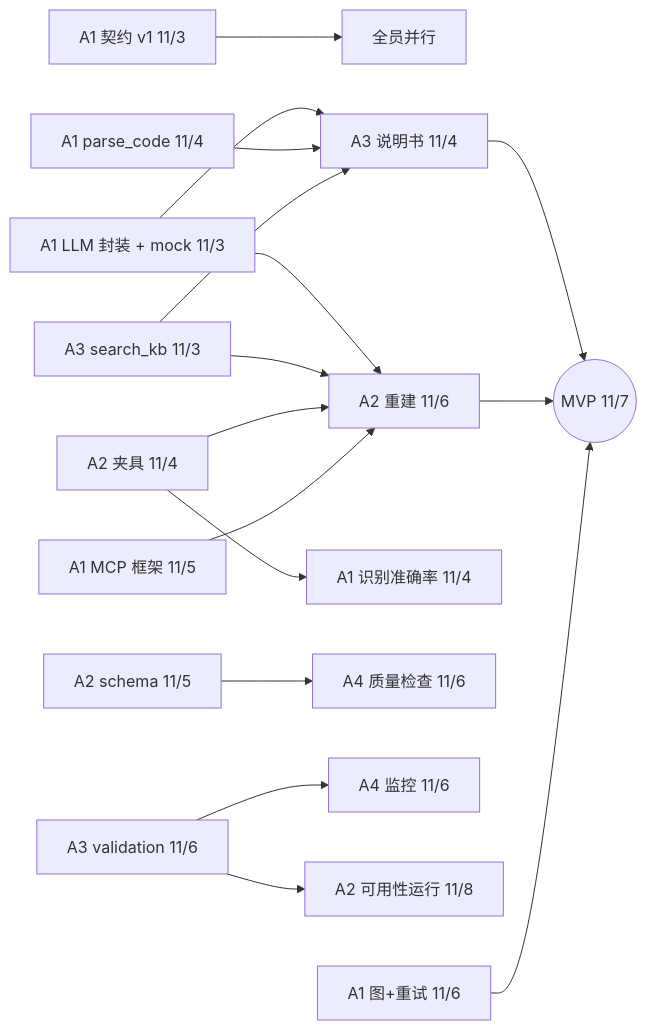
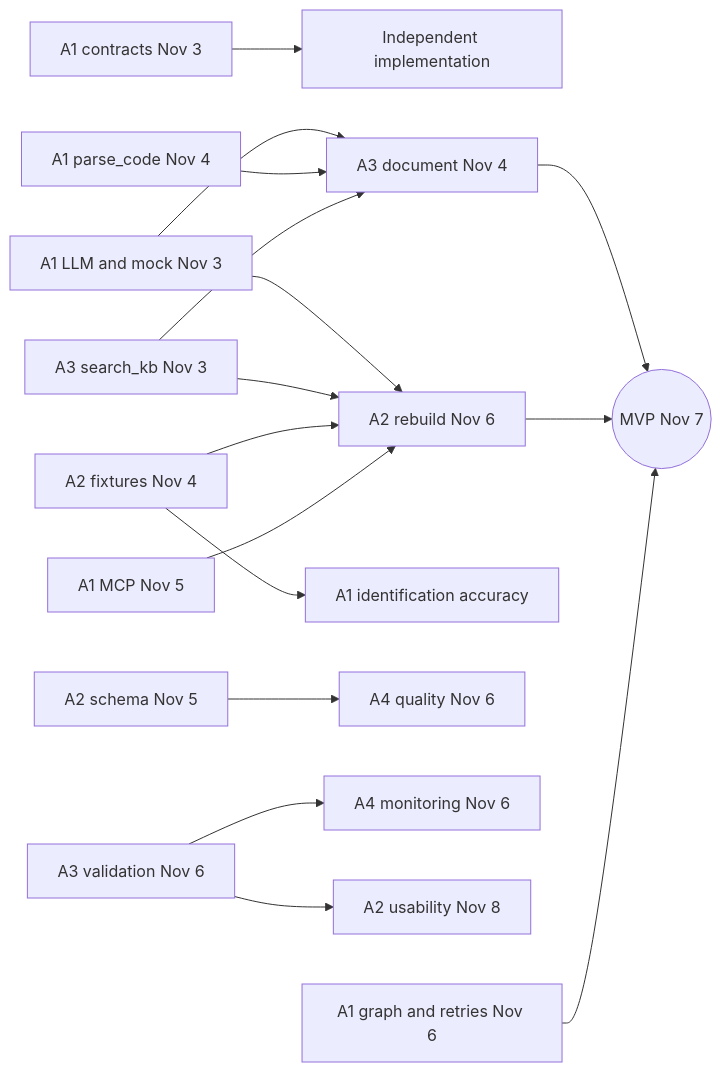
One commit to LuisWang709/EXL_JLWZ changed the diagram in docs/team/README.md. Above: the diagram before and after it, drawn with Mermaid. The commit also changed other lines of this file and 31 other files, not shown here.

````diff
--- a/docs/team/README.md
+++ b/docs/team/README.md
@@ -35,16 +35,16 @@
 ```mermaid
 flowchart LR
-    A1c[A1 契约 v1 11/3] --> ALL[全员并行]
-    A1l[A1 LLM 封装 + mock 11/3] --> A3d[A3 说明书 11/4]
-    A1l --> A2r[A2 重建 11/6]
-    A1p[A1 parse_code 11/4] --> A3d
-    A3k[A3 search_kb 11/3] --> A3d
+    A1c[A1 contracts Nov 3] --> ALL[Independent implementation]
+    A1l[A1 LLM and mock Nov 3] --> A3d[A3 document Nov 4]
+    A1l --> A2r[A2 rebuild Nov 6]
+    A1p[A1 parse_code Nov 4] --> A3d
+    A3k[A3 search_kb Nov 3] --> A3d
     A3k --> A2r
-    A2f[A2 夹具 11/4] --> A1cls[A1 识别准确率 11/4]
+    A2f[A2 fixtures Nov 4] --> A1cls[A1 identification accuracy]
     A2f --> A2r
-    A2s[A2 schema 11/5] --> A4q[A4 质量检查 11/6]
-    A3v[A3 validation 11/6] --> A4m[A4 监控 11/6]
-    A3v --> A2u[A2 可用性运行 11/8]
-    A1m[A1 MCP 框架 11/5] --> A2r
-    A3d & A2r & A1g[A1 图+重试 11/6] --> MVP((MVP 11/7))
+    A2s[A2 schema Nov 5] --> A4q[A4 quality Nov 6]
+    A3v[A3 validation Nov 6] --> A4m[A4 monitoring Nov 6]
+    A3v --> A2u[A2 usability Nov 8]
+    A1m[A1 MCP Nov 5] --> A2r
+    A3d & A2r & A1g[A1 graph and retries Nov 6] --> MVP((MVP Nov 7))
 ```
````
